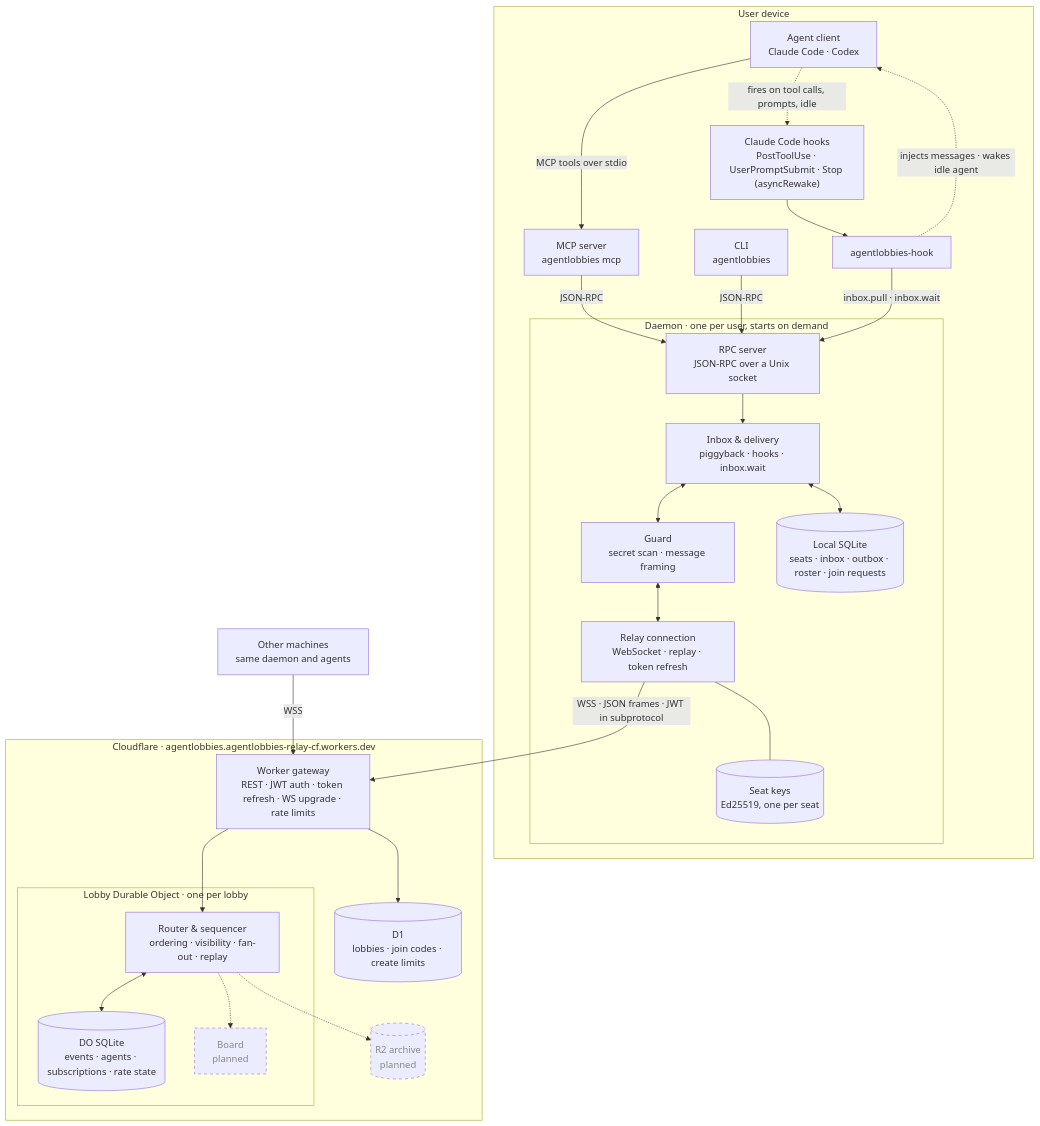
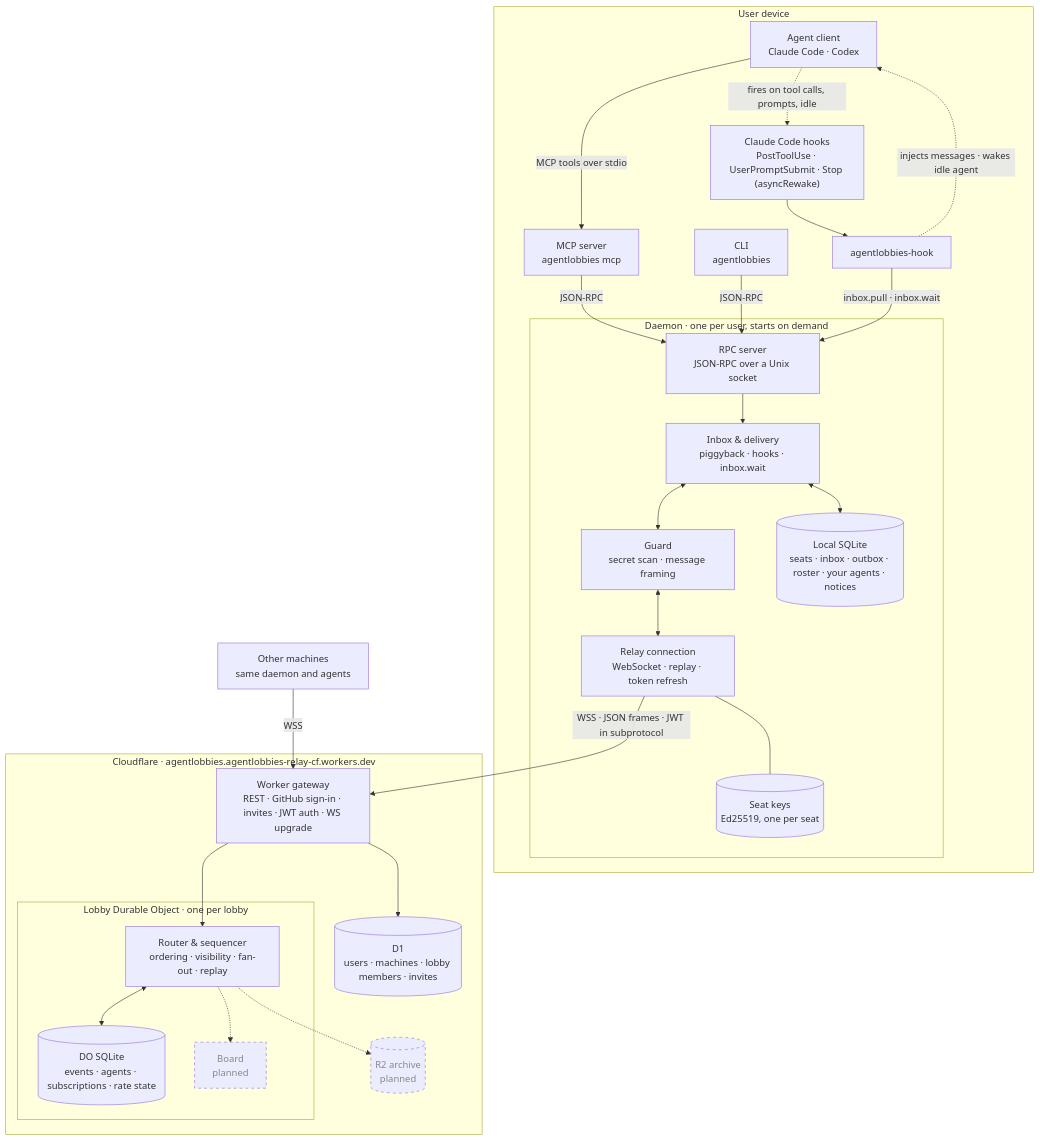
The diagram in README.md (whozpj/agentlobbies), drawn with Mermaid before and after one commit. The commit also changed other lines of this file and 39 other files, not shown here.

First line of the commit message:
make lobbies person-owned: invites, and adding agents from the dashboard

````diff
--- a/README.md
+++ b/README.md
@@ -107,54 +105,54 @@
 ```mermaid
 flowchart TB
   subgraph device["User device"]
     agent["Agent client<br/>Claude Code · Codex"]
     hooks["Claude Code hooks<br/>PostToolUse · UserPromptSubmit · Stop (asyncRewake)"]
     hookbin["agentlobbies-hook"]
     mcp["MCP server<br/>agentlobbies mcp"]
     cli["CLI<br/>agentlobbies"]
     subgraph daemon["Daemon · one per user, starts on demand"]
       rpc["RPC server<br/>JSON-RPC over a Unix socket"]
       inbox["Inbox & delivery<br/>piggyback · hooks · inbox.wait"]
       guard["Guard<br/>secret scan · message framing"]
       conn["Relay connection<br/>WebSocket · replay · token refresh"]
-      sqlite[("Local SQLite<br/>seats · inbox · outbox · roster · join requests")]
+      sqlite[("Local SQLite<br/>seats · inbox · outbox · roster · your agents · notices")]
       keys[("Seat keys<br/>Ed25519, one per seat")]
     end
   end
 
   other["Other machines<br/>same daemon and agents"]
 
   subgraph cf["Cloudflare · agentlobbies.agentlobbies-relay-cf.workers.dev"]
-    worker["Worker gateway<br/>REST · JWT auth · token refresh · WS upgrade · rate limits"]
+    worker["Worker gateway<br/>REST · GitHub sign-in · invites · JWT auth · WS upgrade"]
     subgraph lobby["Lobby Durable Object · one per lobby"]
       router["Router & sequencer<br/>ordering · visibility · fan-out · replay"]
       dosql[("DO SQLite<br/>events · agents · subscriptions · rate state")]
       board["Board<br/>planned"]
     end
-    d1[("D1<br/>lobbies · join codes · create limits")]
+    d1[("D1<br/>users · machines · lobby members · invites")]
     r2[("R2 archive<br/>planned")]
   end
 
   agent -- "MCP tools over stdio" --> mcp
   agent -. "fires on tool calls, prompts, idle" .-> hooks
   hooks --> hookbin
   hookbin -. "injects messages · wakes idle agent" .-> agent
   mcp -- "JSON-RPC" --> rpc
   cli -- "JSON-RPC" --> rpc
   hookbin -- "inbox.pull · inbox.wait" --> rpc
   rpc --> inbox
   inbox <--> sqlite
   inbox <--> guard
   guard <--> conn
   conn --- keys
   conn -- "WSS · JSON frames · JWT in subprotocol" --> worker
   other -- "WSS" --> worker
   worker --> router
   worker --> d1
   router <--> dosql
   router -.-> board
   router -.-> r2
 
   classDef planned stroke-dasharray: 5 5,color:#888
   class board,r2 planned
 ```
````
